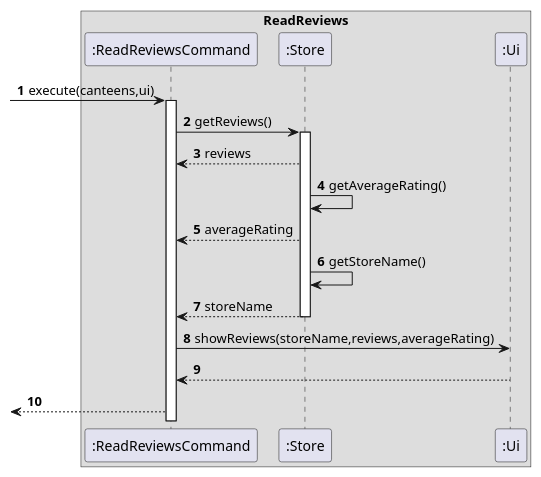
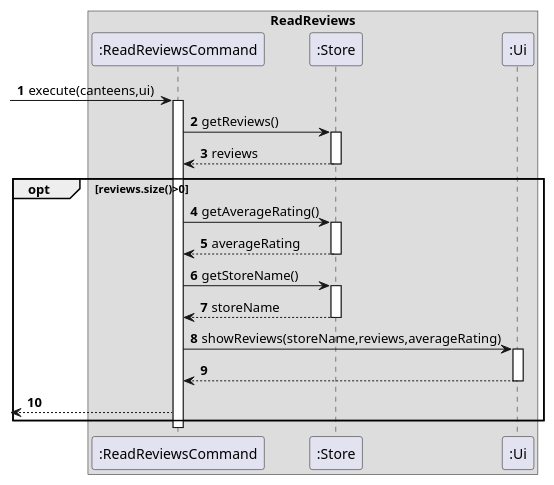
One commit to nus-cs2113-AY2021S2/tp changed the diagram in docs/PlantUML/ReadReviews.puml. Above: the diagram before and after it, drawn with PlantUML. The commit also changed 7 other files, not shown here.

Commit message:
edit sequence diagram

```diff
--- a/docs/PlantUML/ReadReviews.puml
+++ b/docs/PlantUML/ReadReviews.puml
@@ -1,21 +1,31 @@
 @startuml
 'https://plantuml.com/sequence-diagram
 
 autonumber
 box ReadReviews
 
 
 ->":ReadReviewsCommand": execute(canteens,ui)
 activate ":ReadReviewsCommand"
 ":ReadReviewsCommand"->":Store":getReviews()
 activate ":Store"
 ":Store"-->":ReadReviewsCommand":reviews
-":Store"->":Store":getAverageRating()
-":Store"-->":ReadReviewsCommand":averageRating
-":Store"->":Store":getStoreName()
-return storeName
-":ReadReviewsCommand"->":Ui":showReviews(storeName,reviews,averageRating)
-":Ui"-->":ReadReviewsCommand"
-<--":ReadReviewsCommand"
+deactivate ":Store"
+opt reviews.size()>0
+    ":ReadReviewsCommand"->":Store":getAverageRating()
+    activate ":Store"
+    ":Store"-->":ReadReviewsCommand":averageRating
+    deactivate ":Store"
+    ":ReadReviewsCommand"->":Store":getStoreName()
+    activate ":Store"
+    return storeName
+    deactivate ":Store"
+    ":ReadReviewsCommand"->":Ui":showReviews(storeName,reviews,averageRating)
+    activate ":Ui"
+    ":Ui"-->":ReadReviewsCommand"
+     deactivate ":Ui"
+    <--":ReadReviewsCommand"
+end
+deactivate ":ReadReviewsCommand"
 
 @enduml
```
